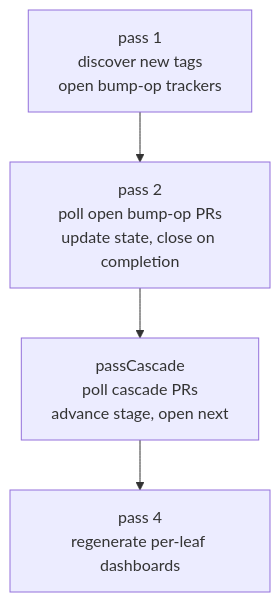
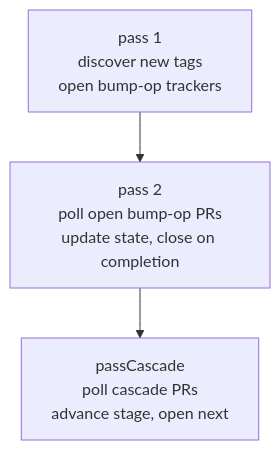
One commit to rancher/frameworks-automation changed the second of 5 diagrams in ARCHITECTURE.md. Above: the diagram before and after it, drawn with Mermaid. The commit also changed other lines of this file and 14 other files, not shown here.

````diff
--- a/ARCHITECTURE.md
+++ b/ARCHITECTURE.md
@@ -226,8 +222,7 @@
 ```mermaid
 flowchart TB
     p1["pass 1<br/>discover new tags<br/>open bump-op trackers"]
     p2["pass 2<br/>poll open bump-op PRs<br/>update state, close on completion"]
     pC["passCascade<br/>poll cascade PRs<br/>advance stage, open next"]
-    p4["pass 4<br/>regenerate per-leaf dashboards"]
-    p1 --> p2 --> pC --> p4
+    p1 --> p2 --> pC
 ```
````
